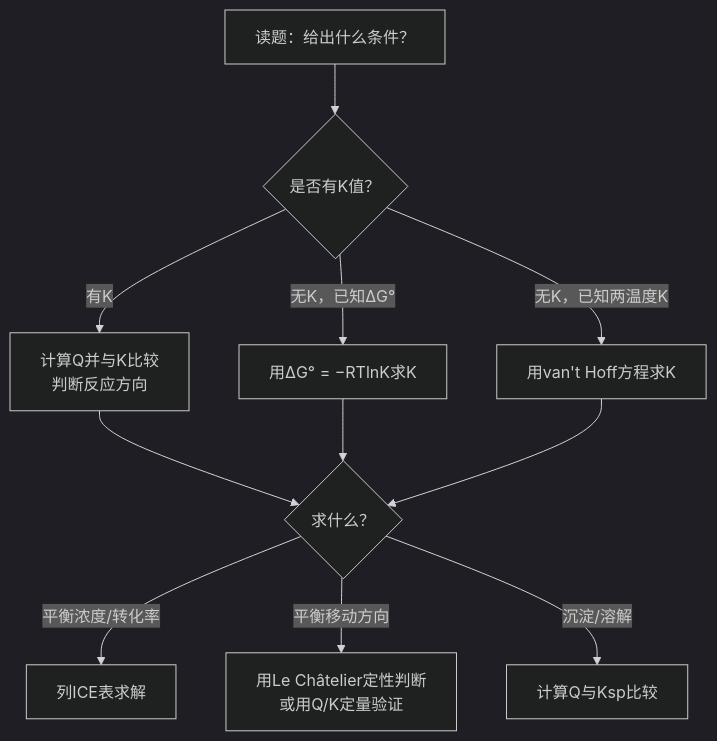
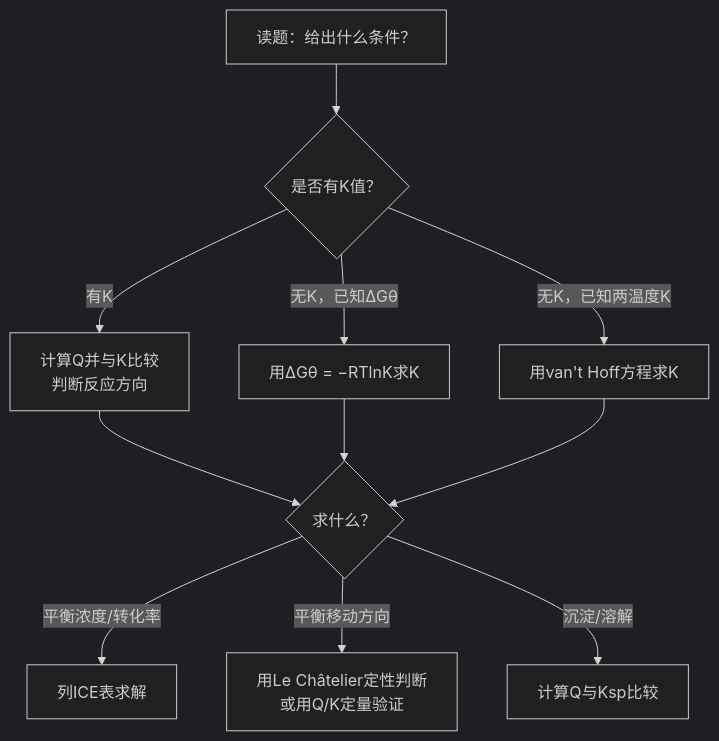
Before and after one commit to shikieiki692/nation: the first of 2 diagrams in 04-专题与题型/专题/专题-化学平衡.md, drawn with Mermaid (dark theme). The commit also changed other lines of this file and 508 other files, not shown here.

````diff
--- a/04-专题与题型/专题/专题-化学平衡.md
+++ b/04-专题与题型/专题/专题-化学平衡.md
@@ -82,13 +82,13 @@
 ```mermaid
 flowchart TD
     A[读题：给出什么条件？] --> B{是否有K值？}
     B -->|有K| C[计算Q并与K比较<br/>判断反应方向]
-    B -->|无K，已知ΔG°| D[用ΔG° = −RTlnK求K]
+    B -->|无K，已知ΔGθ| D[用ΔGθ = −RTlnK求K]
     B -->|无K，已知两温度K| E[用van't Hoff方程求K]
     C --> F{求什么？}
     F -->|平衡浓度/转化率| G[列ICE表求解]
     F -->|平衡移动方向| H[用Le Châtelier定性判断<br/>或用Q/K定量验证]
     F -->|沉淀/溶解| I[计算Q与Ksp比较]
     D --> F
     E --> F
 ```
````
